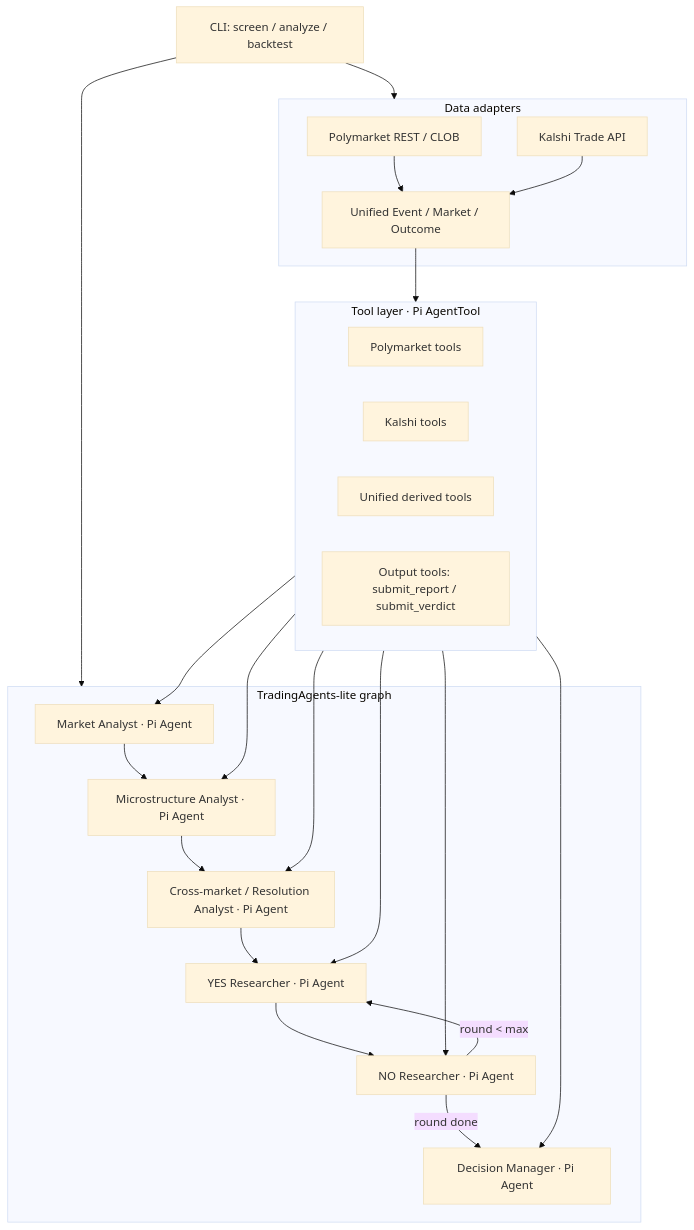
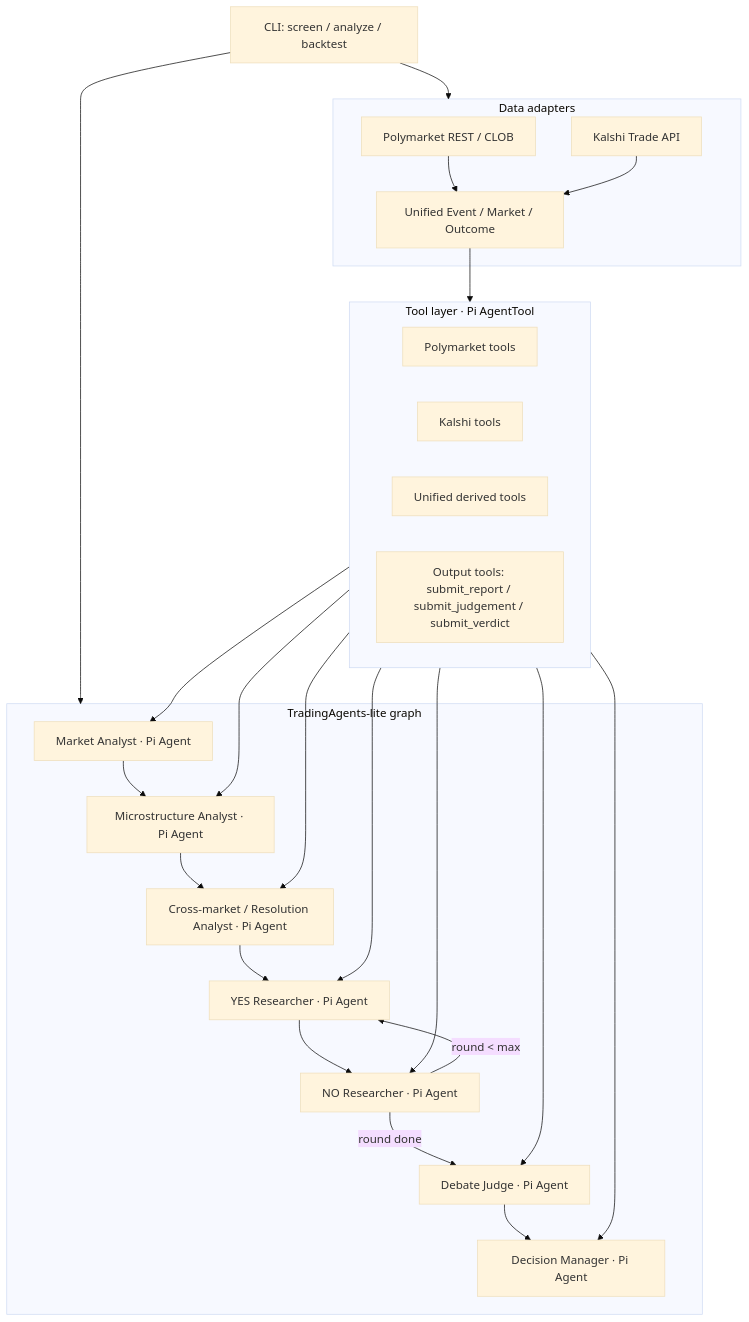
Before and after one commit to leesta24/Squirrel: the diagram in PLAN.md, drawn with Mermaid (base theme). The commit also changed other lines of this file and 4 other files, not shown here.

Commit message:
Add v2 debate graph and docs

````diff
--- a/PLAN.md
+++ b/PLAN.md
@@ -134,41 +135,43 @@
 ```mermaid
 flowchart TD
   CLI[CLI: screen / analyze / backtest]
 
   subgraph D[Data adapters]
     PM[Polymarket REST / CLOB]
     KS[Kalshi Trade API]
     U[Unified Event / Market / Outcome]
     PM --> U
     KS --> U
   end
 
   subgraph T[Tool layer · Pi AgentTool]
     PT[Polymarket tools]
     KT[Kalshi tools]
     UT[Unified derived tools]
-    OT[Output tools: submit_report / submit_verdict]
+    OT[Output tools: submit_report / submit_judgement / submit_verdict]
   end
 
   subgraph G[TradingAgents-lite graph]
     MA[Market Analyst · Pi Agent]
     MI[Microstructure Analyst · Pi Agent]
     XA[Cross-market / Resolution Analyst · Pi Agent]
     YES[YES Researcher · Pi Agent]
     NO[NO Researcher · Pi Agent]
+    J[Debate Judge · Pi Agent]
     DM[Decision Manager · Pi Agent]
   end
 
   CLI --> D
   U --> T
   CLI --> G
   T --> MA
   T --> MI
   T --> XA
   T --> YES
   T --> NO
+  T --> J
   T --> DM
   MA --> MI --> XA --> YES --> NO
   NO -->|round < max| YES
-  NO -->|round done| DM
+  NO -->|round done| J --> DM
 ```
````
